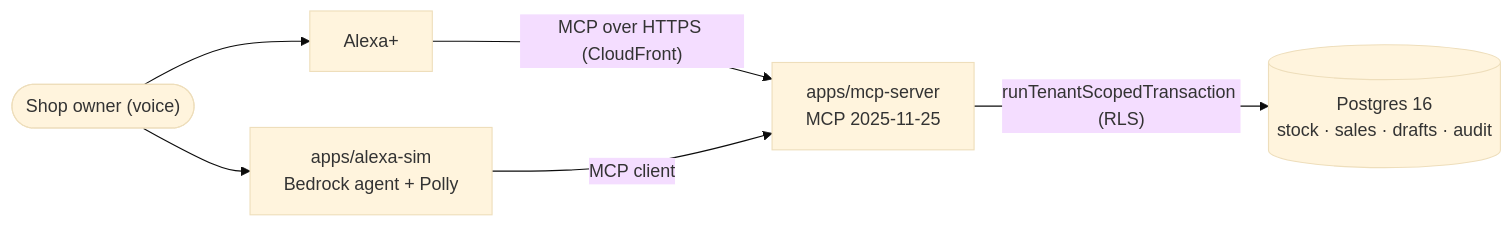
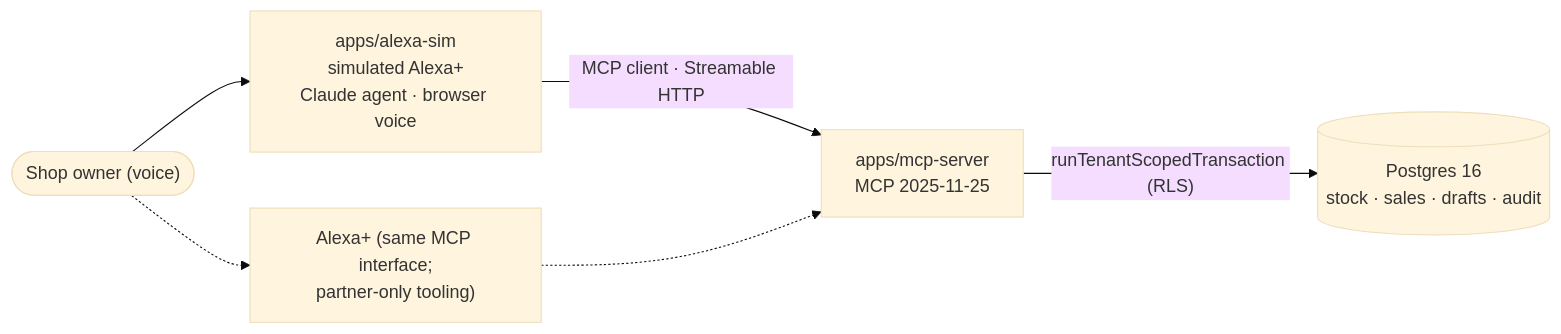
Before and after one commit to vansyson1308/groceryclaw: the diagram in README.md, drawn with Mermaid (base theme). The commit also changed other lines of this file and 22 other files, not shown here.

````diff
--- a/README.md
+++ b/README.md
@@ -34,7 +34,8 @@
 ```mermaid
 flowchart LR
-  owner(["Shop owner (voice)"]) --> alexa["Alexa+"] & sim["apps/alexa-sim<br/>Bedrock agent + Polly"]
-  alexa -- "MCP over HTTPS (CloudFront)" --> mcp["apps/mcp-server<br/>MCP 2025-11-25"]
-  sim -- "MCP client" --> mcp
+  owner(["Shop owner (voice)"]) --> sim["apps/alexa-sim<br/>simulated Alexa+<br/>Claude agent · browser voice"]
+  owner -.-> alexa["Alexa+ (same MCP interface;<br/>partner-only tooling)"]
+  sim -- "MCP client · Streamable HTTP" --> mcp["apps/mcp-server<br/>MCP 2025-11-25"]
+  alexa -.-> mcp
   mcp -- "runTenantScopedTransaction (RLS)" --> pg[("Postgres 16<br/>stock · sales · drafts · audit")]
 ```
````
